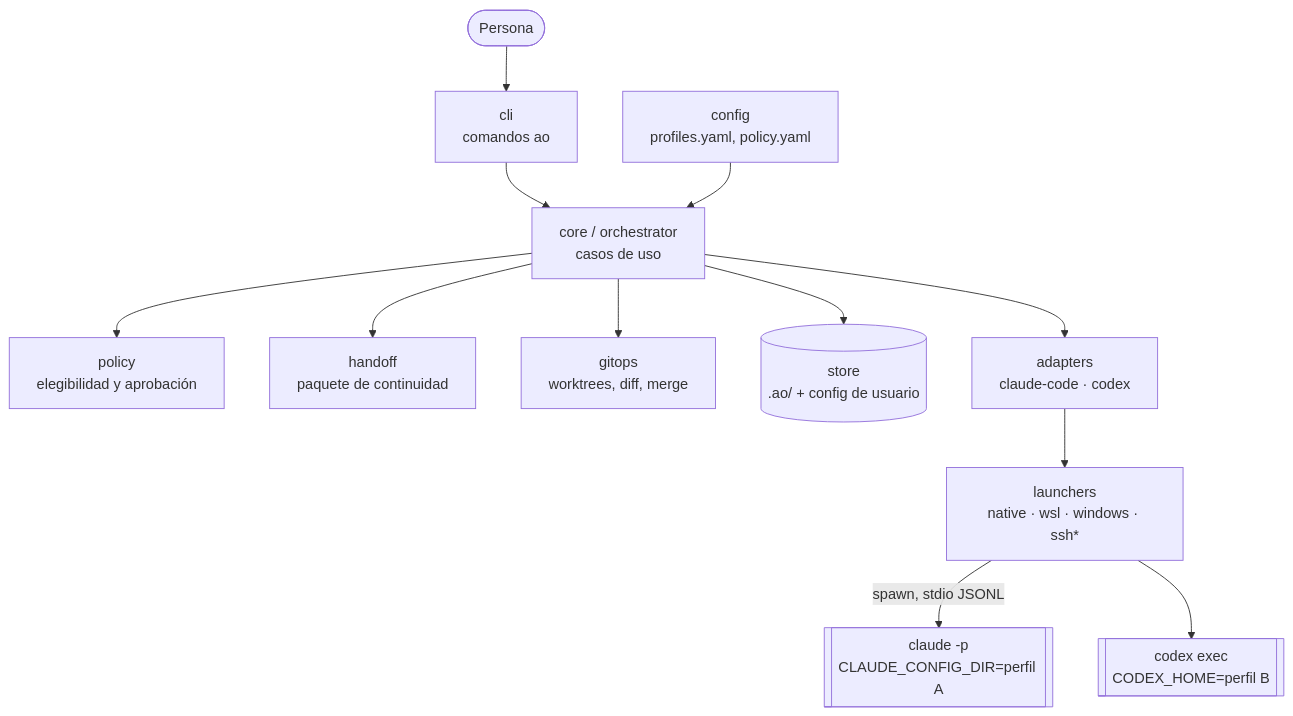
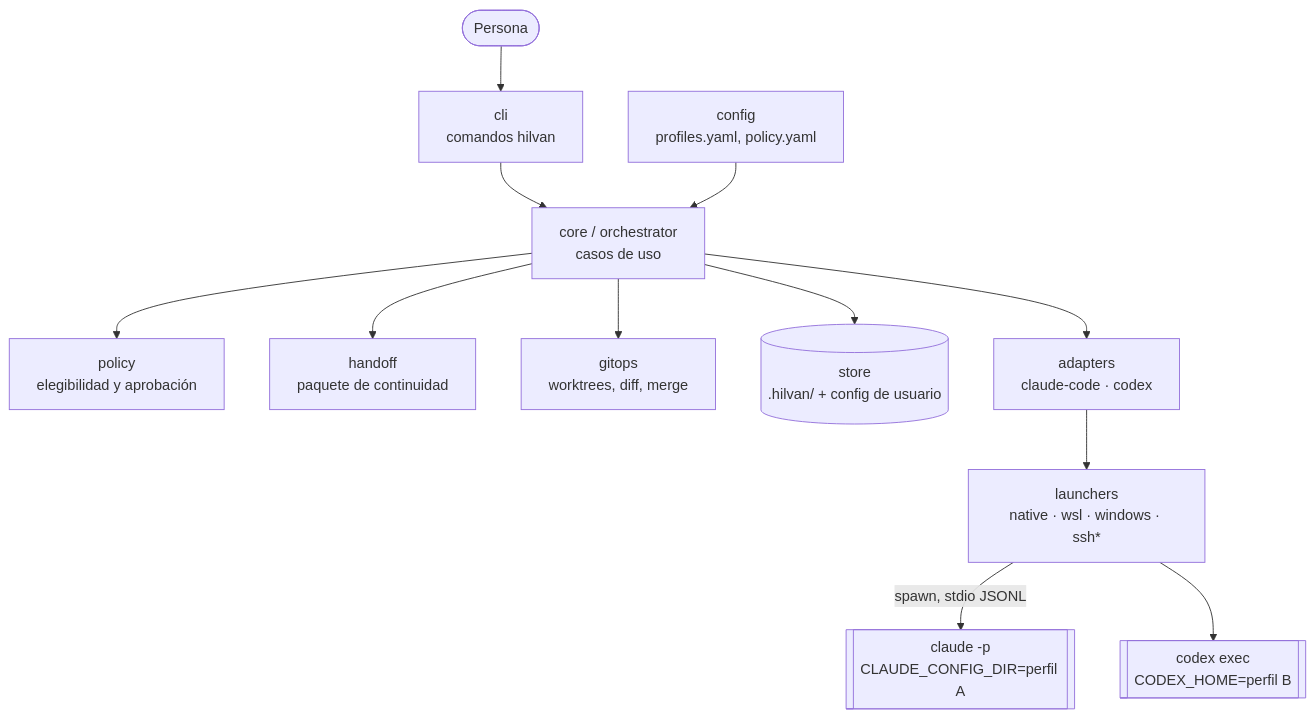
One commit to ferchosur/hilvan changed the first of 2 diagrams in docs/design/arquitectura.md. Above: the diagram before and after it, drawn with Mermaid. The commit also changed other lines of this file and 27 other files, not shown here.

````diff
--- a/docs/design/arquitectura.md
+++ b/docs/design/arquitectura.md
@@ -11,14 +11,14 @@
 ```mermaid
 flowchart TB
-    U([Persona]) --> CLI[cli<br/>comandos ao]
+    U([Persona]) --> CLI[cli<br/>comandos hilvan]
     CLI --> ORC[core / orchestrator<br/>casos de uso]
     ORC --> POL[policy<br/>elegibilidad y aprobación]
     ORC --> HO[handoff<br/>paquete de continuidad]
     ORC --> GIT[gitops<br/>worktrees, diff, merge]
-    ORC --> ST[(store<br/>.ao/ + config de usuario)]
+    ORC --> ST[(store<br/>.hilvan/ + config de usuario)]
     ORC --> AD[adapters<br/>claude-code · codex]
     AD --> LA[launchers<br/>native · wsl · windows · ssh*]
     LA -->|spawn, stdio JSONL| P1[[claude -p<br/>CLAUDE_CONFIG_DIR=perfil A]]
     LA --> P2[[codex exec<br/>CODEX_HOME=perfil B]]
     CFG[config<br/>profiles.yaml, policy.yaml] --> ORC
 ```
````
